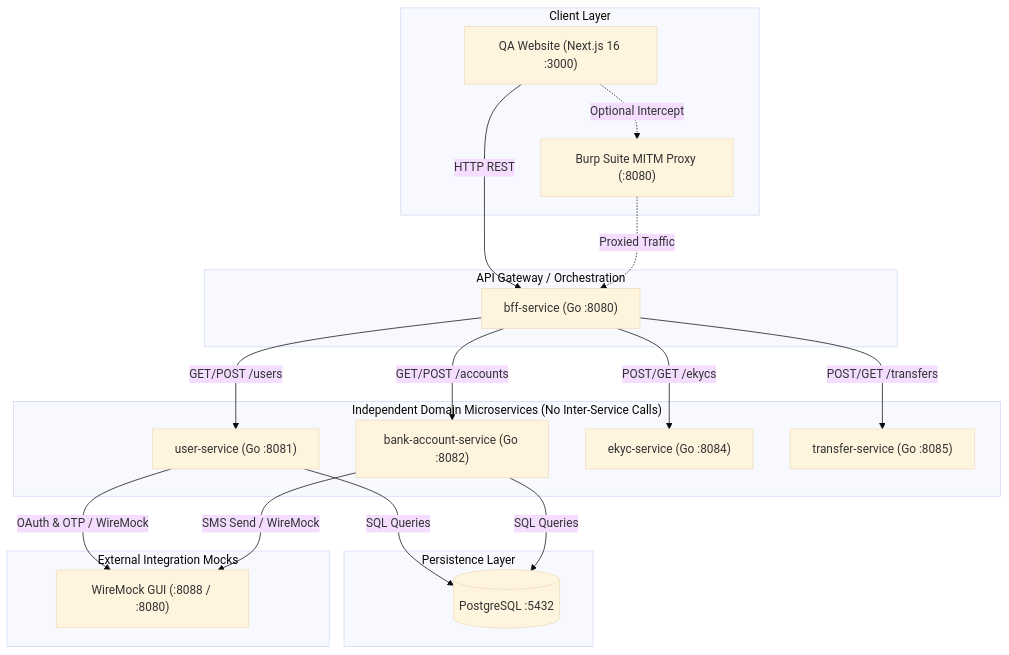
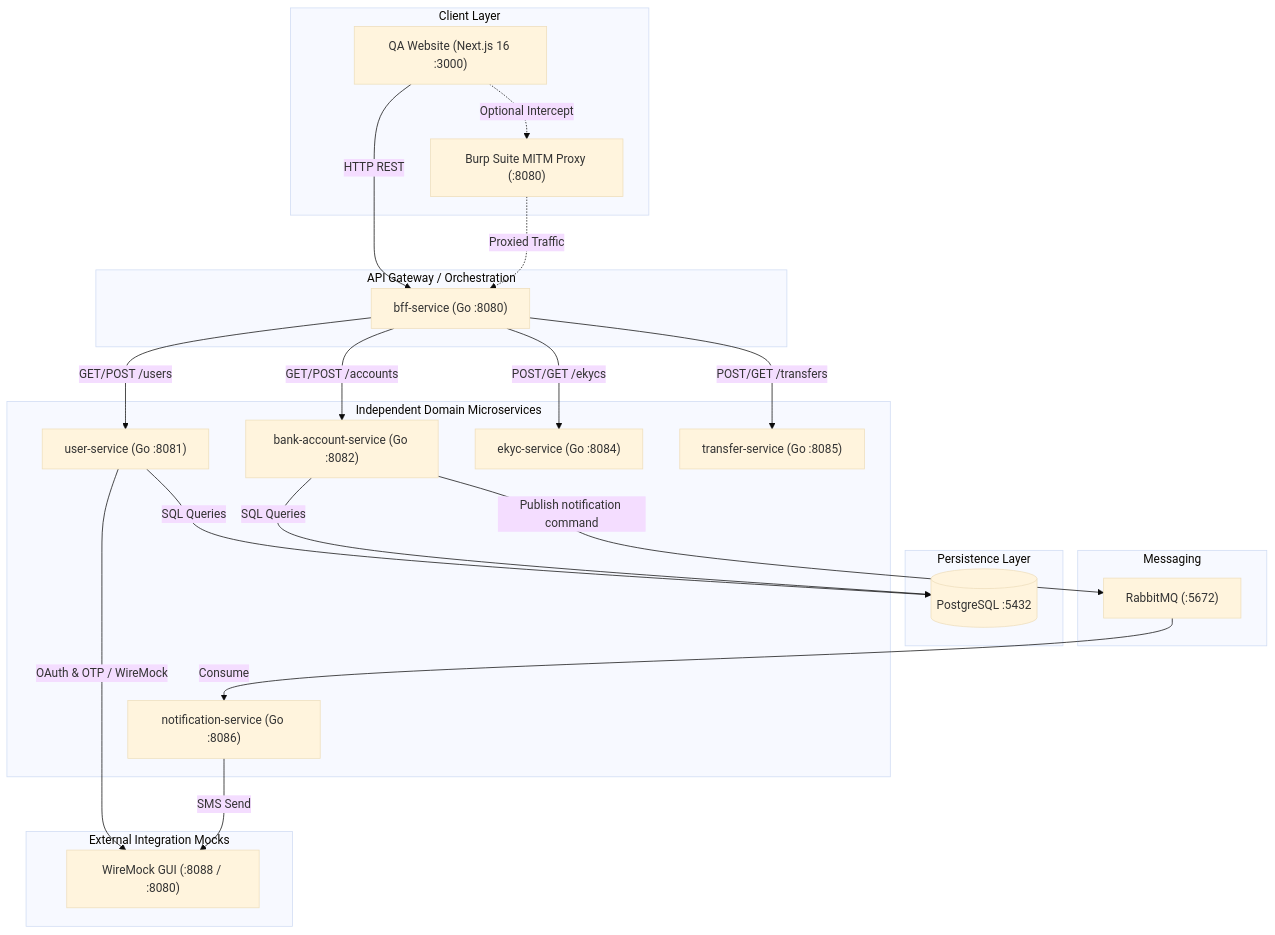
Before and after one commit to SiwakornSitti/ultra-smoooooth-testing: the diagram in WORKSHOP.md, drawn with Mermaid (base theme). The commit also changed other lines of this file and 80 other files, not shown here.

````diff
--- a/WORKSHOP.md
+++ b/WORKSHOP.md
@@ -9,41 +9,48 @@
 ```mermaid
 flowchart TD
     subgraph Clients["Client Layer"]
         Website["QA Website (Next.js 16 :3000)"]
         Burp["Burp Suite MITM Proxy (:8080)"]
     end
 
     subgraph API_Gateway["API Gateway / Orchestration"]
         BFF["bff-service (Go :8080)"]
     end
 
-    subgraph Core_Services["Independent Domain Microservices (No Inter-Service Calls)"]
+    subgraph Core_Services["Independent Domain Microservices"]
         UserService["user-service (Go :8081)"]
         BankService["bank-account-service (Go :8082)"]
         EKYCService["ekyc-service (Go :8084)"]
         TransferService["transfer-service (Go :8085)"]
+        NotificationService["notification-service (Go :8086)"]
     end
 
     subgraph Persistence["Persistence Layer"]
         DB[(PostgreSQL :5432)]
     end
 
     subgraph External_Mocks["External Integration Mocks"]
         WireMock["WireMock GUI (:8088 / :8080)"]
+    end
+
+    subgraph Messaging["Messaging"]
+        RabbitMQ["RabbitMQ (:5672)"]
     end
 
     Website -->|HTTP REST| BFF
     Website -.->|Optional Intercept| Burp
     Burp -.->|Proxied Traffic| BFF
 
     BFF -->|GET/POST /users| UserService
     BFF -->|GET/POST /accounts| BankService
     BFF -->|POST/GET /ekycs| EKYCService
     BFF -->|POST/GET /transfers| TransferService
 
     UserService -->|SQL Queries| DB
     BankService -->|SQL Queries| DB
 
     UserService -->|OAuth & OTP / WireMock| WireMock
-    BankService -->|SMS Send / WireMock| WireMock
+    BankService -->|Publish notification command| RabbitMQ
+    RabbitMQ -->|Consume| NotificationService
+    NotificationService -->|SMS Send| WireMock
 ```
````
